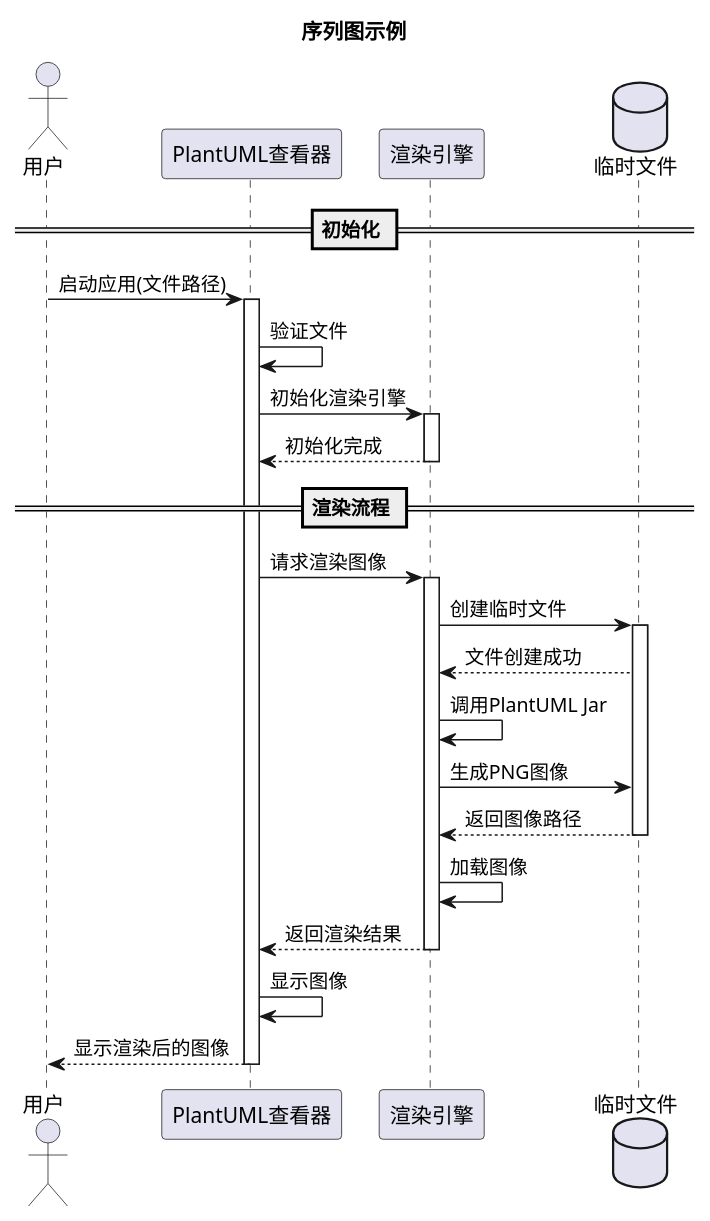
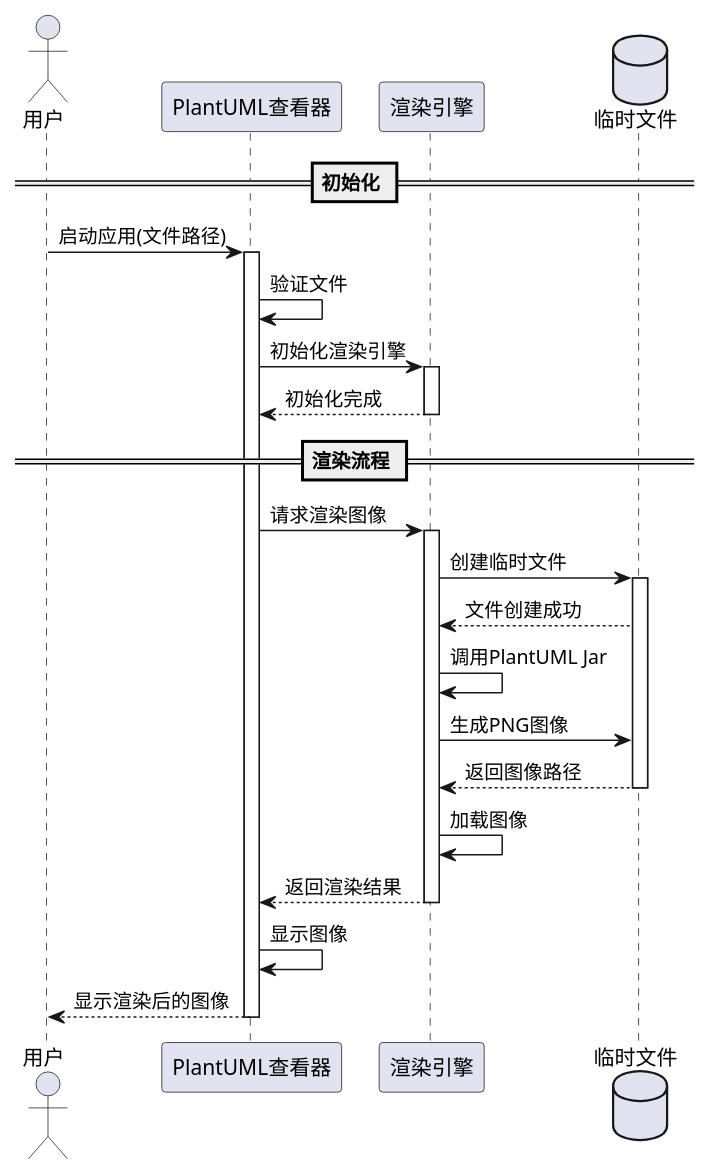
One commit to huangyingw/plantumlmacviewer_go changed the diagram in sequence_example.puml. Above: the diagram before and after it, drawn with PlantUML.

```diff
--- a/sequence_example.puml
+++ b/sequence_example.puml
@@ -1,38 +1,36 @@
 @startuml
 !pragma layout smetana
-
-title "序列图示例"
 
 actor 用户
 participant "PlantUML查看器" as App
 participant "渲染引擎" as Engine
 database "临时文件" as TempFile
 
 == 初始化 ==
 用户 -> App : 启动应用(文件路径)
 activate App
 App -> App : 验证文件
 App -> Engine : 初始化渲染引擎
 activate Engine
 Engine --> App : 初始化完成
 deactivate Engine
 
 == 渲染流程 ==
 App -> Engine : 请求渲染图像
 activate Engine
 Engine -> TempFile : 创建临时文件
 activate TempFile
 TempFile --> Engine : 文件创建成功
 Engine -> Engine : 调用PlantUML Jar
 Engine -> TempFile : 生成PNG图像
 TempFile --> Engine : 返回图像路径
 deactivate TempFile
 Engine -> Engine : 加载图像
 Engine --> App : 返回渲染结果
 deactivate Engine
 
 App -> App : 显示图像
 App --> 用户 : 显示渲染后的图像
 deactivate App
 
 @enduml 
```
